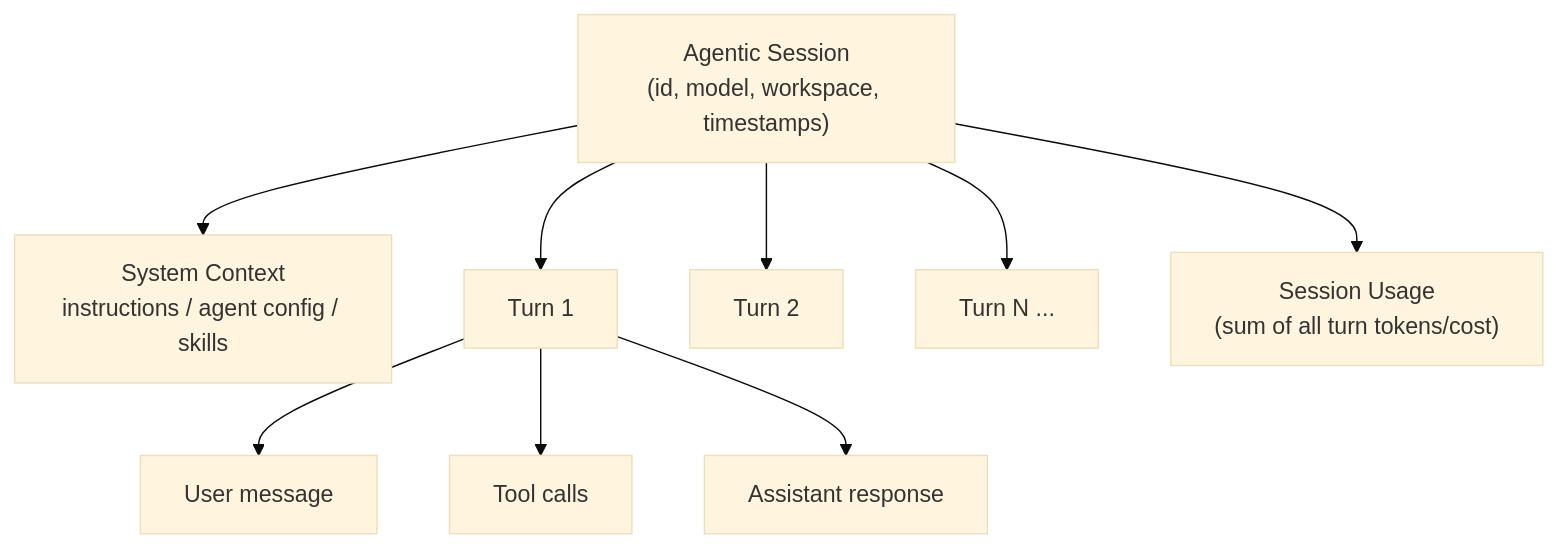
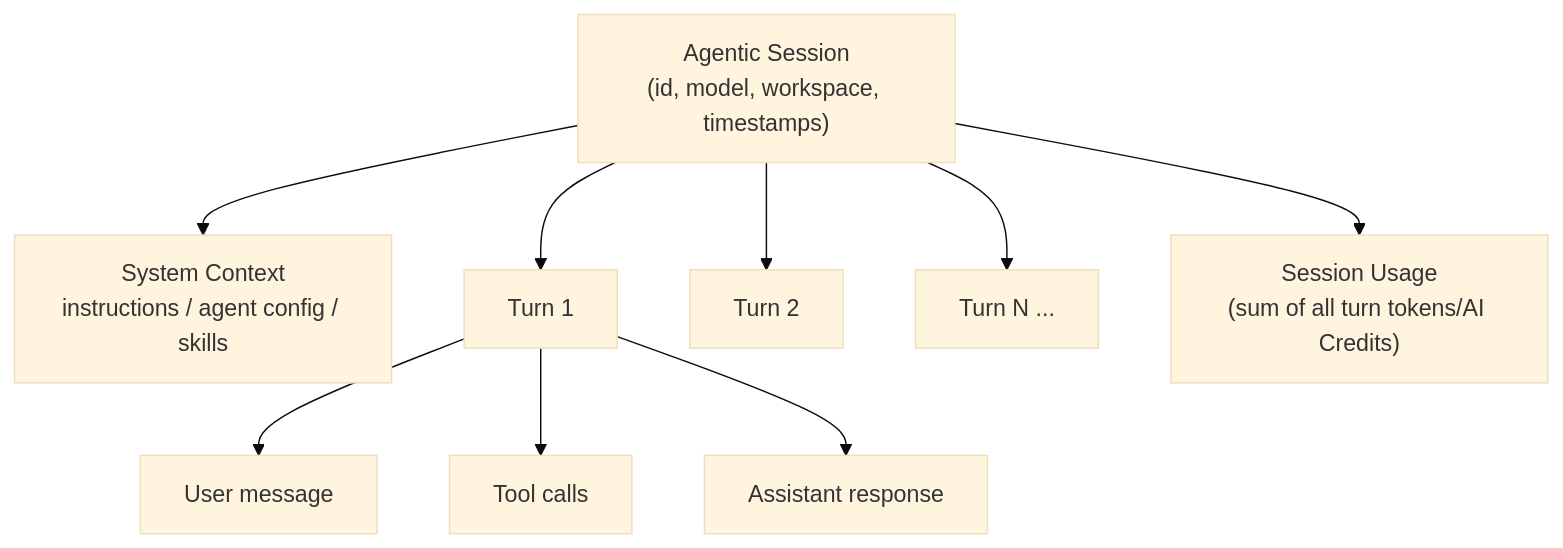
One commit to raulkivi/gh-cp-chat-analyser changed the first of 12 diagrams in docs/agentic-coding-explained.md. Above: the diagram before and after it, drawn with Mermaid (base theme). The commit also changed other lines of this file and 28 other files, not shown here.

First line of the commit message:
Finish cost -> AI Credits rename across docs, fixtures, and UI

````diff
--- a/docs/agentic-coding-explained.md
+++ b/docs/agentic-coding-explained.md
@@ -102,13 +102,13 @@
 ```mermaid
 flowchart TD
     S["Agentic Session<br/>(id, model, workspace, timestamps)"]
     S --> M["System Context<br/>instructions / agent config / skills"]
     S --> T1["Turn 1"]
     S --> T2["Turn 2"]
     S --> T3["Turn N ..."]
-    S --> U["Session Usage<br/>(sum of all turn tokens/cost)"]
+    S --> U["Session Usage<br/>(sum of all turn tokens/AI Credits)"]
 
     T1 --> T1u["User message"]
     T1 --> T1c["Tool calls"]
     T1 --> T1r["Assistant response"]
 ```
````
